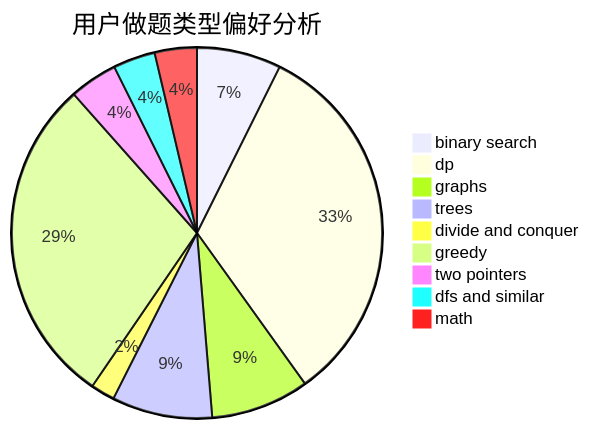
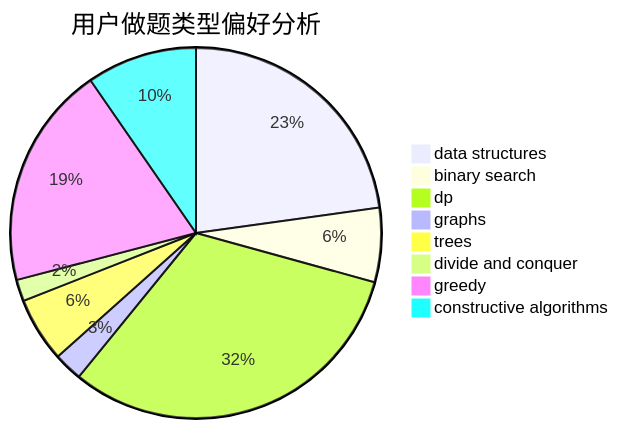
One commit to sherpahu/cfrs.github.io changed the second of 3 diagrams in docs/user/u789.md. Above: the diagram before and after it, drawn with Mermaid. The commit also changed other lines of this file and 2775 other files, not shown here.

````diff
--- a/docs/user/u789.md
+++ b/docs/user/u789.md
@@ -23,12 +23,11 @@
 ```mermaid
 pie title 用户做题类型偏好分析
-    "binary search" :  42
-    "dp" :  187
-    "graphs" :  49
-    "trees" :  50
-    "divide and conquer" :  12
-    "greedy" :  165
-    "two pointers" :  24
-    "dfs and similar" :  21
-    "math" :  21
+    "data structures" :  109
+    "binary search" :  31
+    "dp" :  151
+    "graphs" :  12
+    "trees" :  27
+    "divide and conquer" :  9
+    "greedy" :  93
+    "constructive algorithms" :  46
 ```
````
